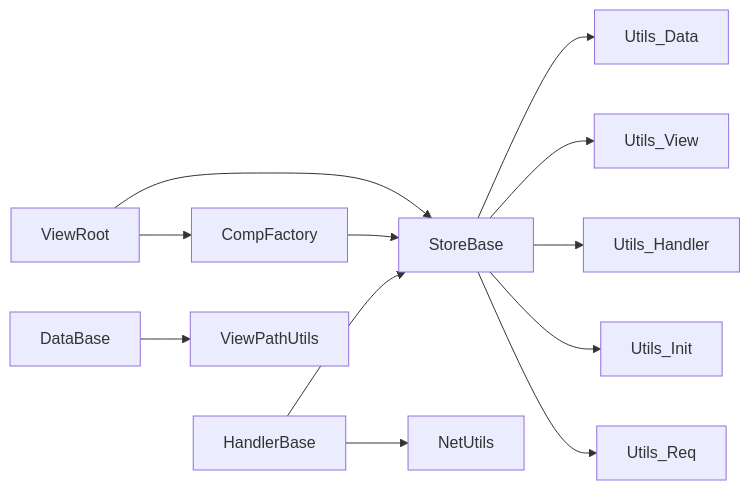
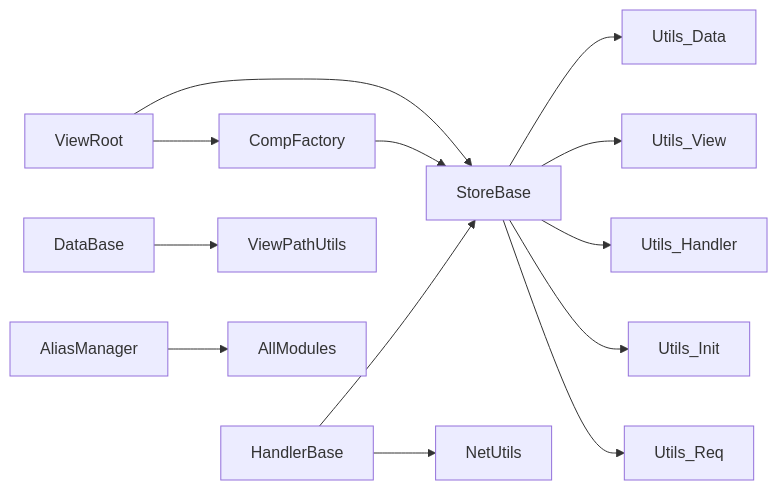
Before and after one commit to liqiongke/FrontArk: the tenth of 10 diagrams in .qoder/repowiki/zh/content/框架核心/框架核心.md, drawn with Mermaid. The commit also changed other lines of this file and 17 other files, not shown here.

````diff
--- a/.qoder/repowiki/zh/content/框架核心/框架核心.md
+++ b/.qoder/repowiki/zh/content/框架核心/框架核心.md
@@ -321,14 +372,15 @@
 ```mermaid
 graph LR
 ViewRoot --> StoreBase
 ViewRoot --> CompFactory
 CompFactory --> StoreBase
 HandlerBase --> StoreBase
 HandlerBase --> NetUtils
 DataBase --> ViewPathUtils
 StoreBase --> Utils_Data
 StoreBase --> Utils_View
 StoreBase --> Utils_Handler
 StoreBase --> Utils_Init
 StoreBase --> Utils_Req
+AliasManager --> AllModules
 ```
````
